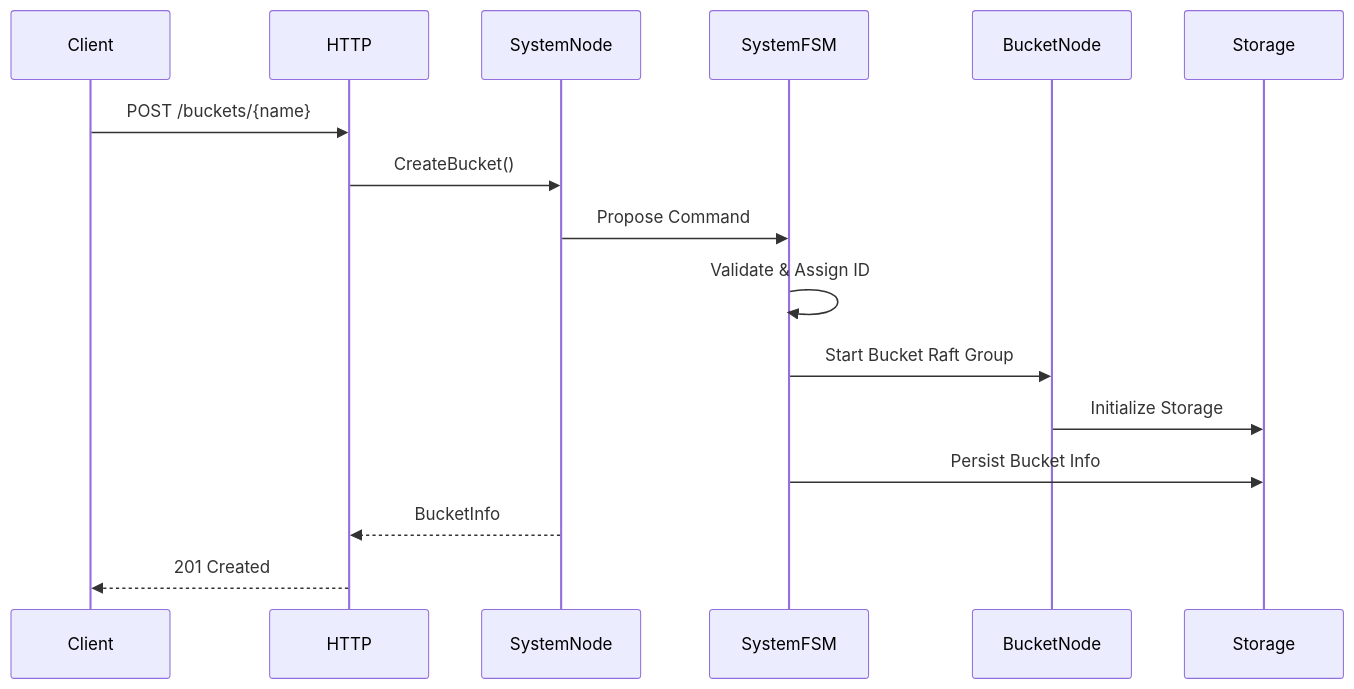
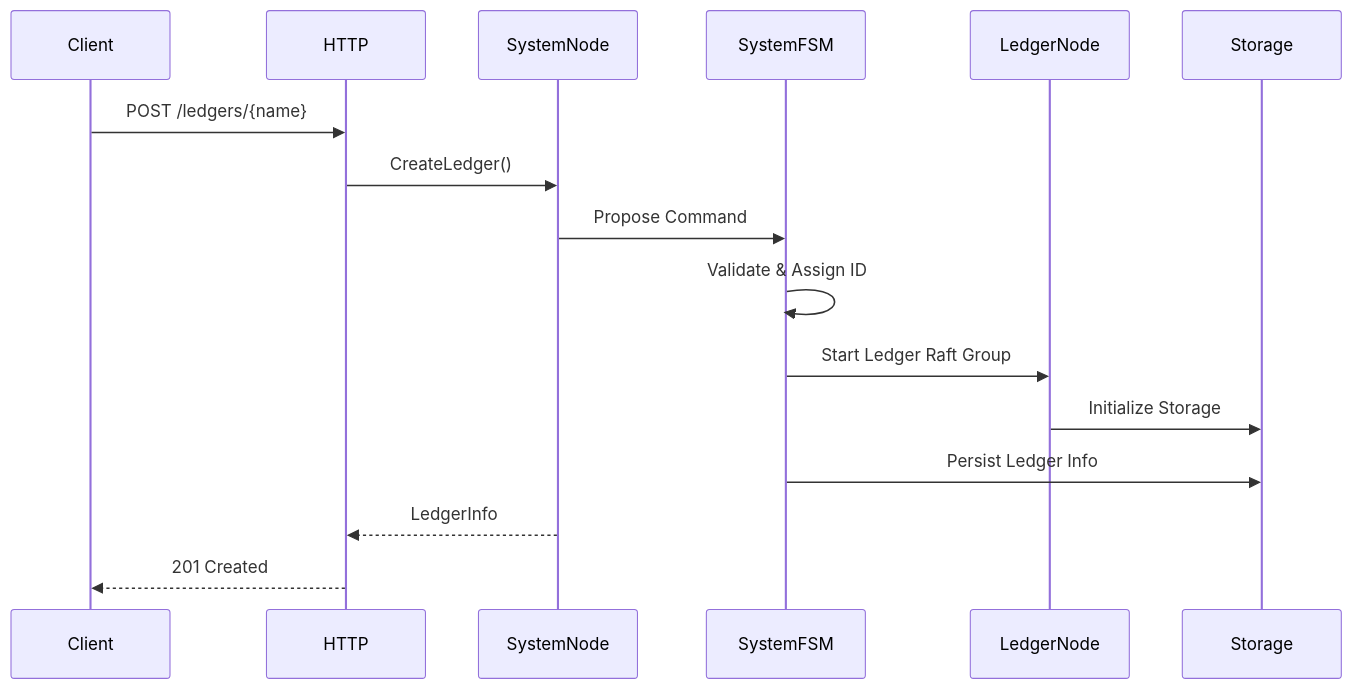
Before and after one commit to formancehq/ledger: the fourth of 6 diagrams in docs/architecture.md, drawn with Mermaid. The commit also changed other lines of this file and 123 other files, not shown here.

````diff
--- a/docs/architecture.md
+++ b/docs/architecture.md
@@ -162,19 +162,19 @@
 ```mermaid
 sequenceDiagram
     participant Client
     participant HTTP
     participant SystemNode
     participant SystemFSM
-    participant BucketNode
+    participant LedgerNode
     participant Storage
     
-    Client->>HTTP: POST /buckets/{name}
-    HTTP->>SystemNode: CreateBucket()
+    Client->>HTTP: POST /ledgers/{name}
+    HTTP->>SystemNode: CreateLedger()
     SystemNode->>SystemFSM: Propose Command
     SystemFSM->>SystemFSM: Validate & Assign ID
-    SystemFSM->>BucketNode: Start Bucket Raft Group
-    BucketNode->>Storage: Initialize Storage
-    SystemFSM->>Storage: Persist Bucket Info
-    SystemNode-->>HTTP: BucketInfo
+    SystemFSM->>LedgerNode: Start Ledger Raft Group
+    LedgerNode->>Storage: Initialize Storage
+    SystemFSM->>Storage: Persist Ledger Info
+    SystemNode-->>HTTP: LedgerInfo
     HTTP-->>Client: 201 Created
 ```
````
